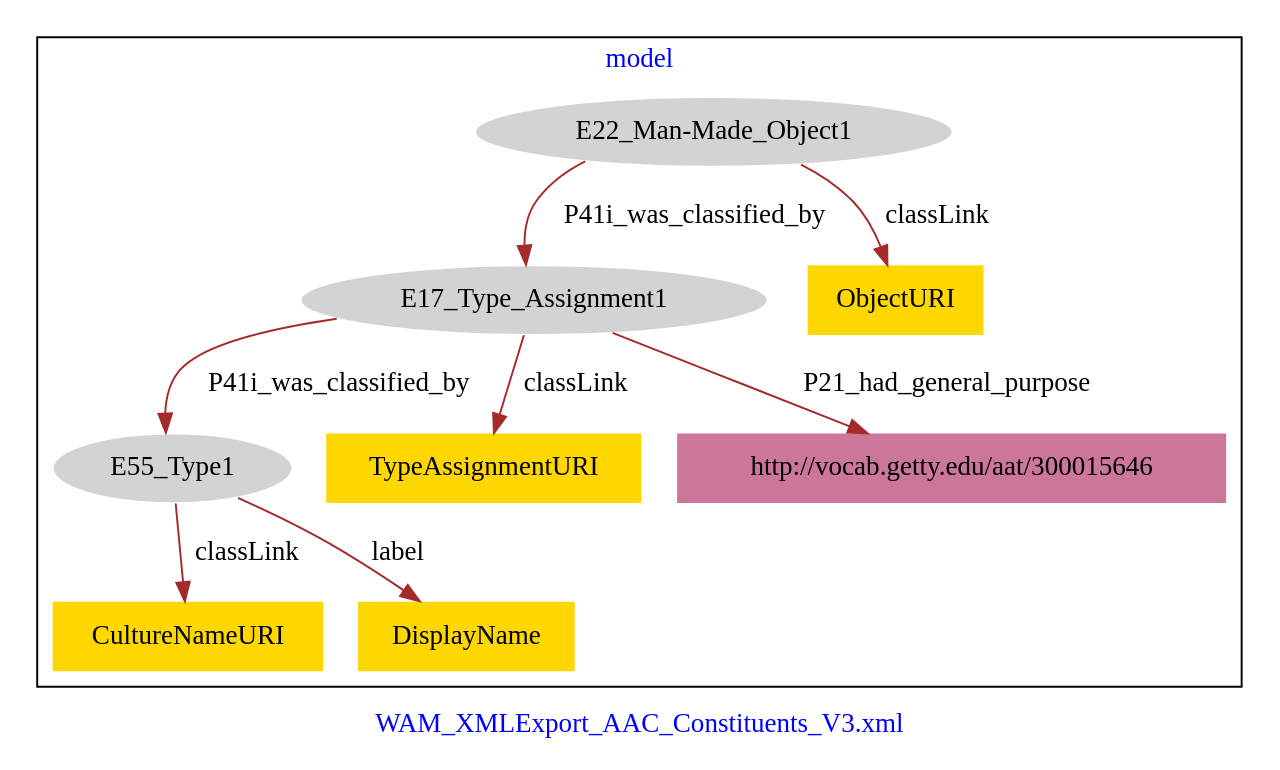
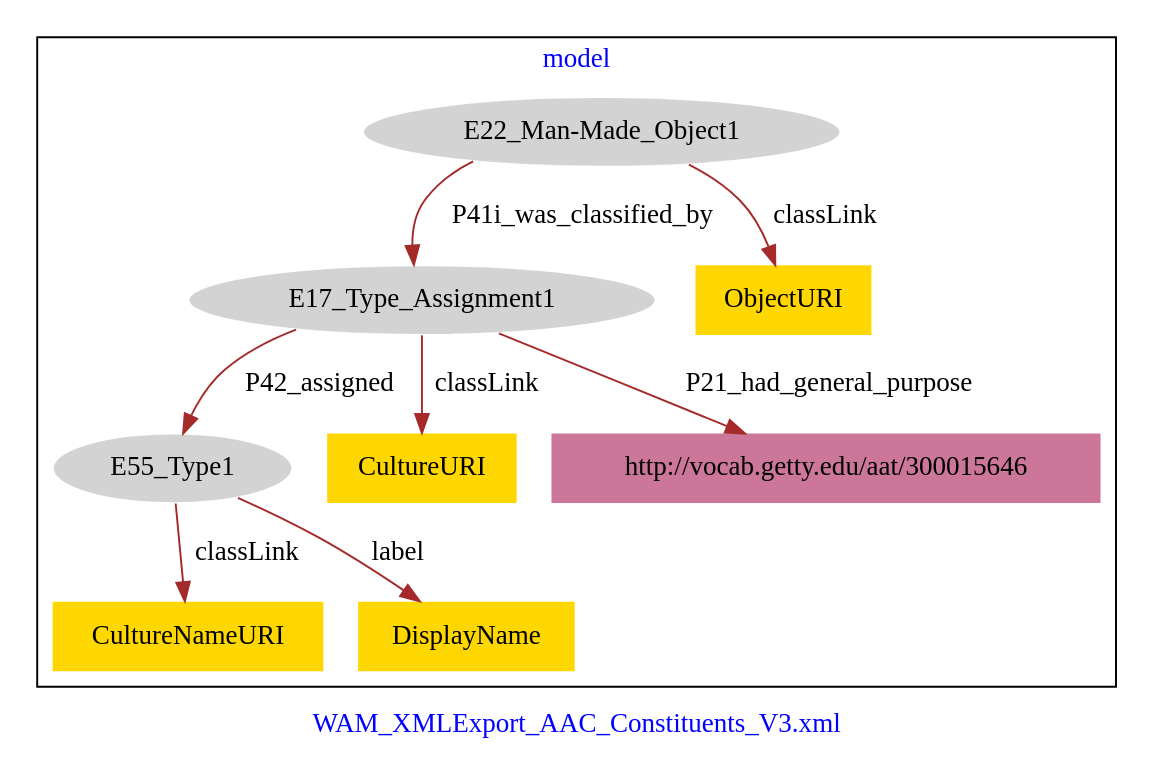
The diagram in WAM_AAC_Culture/WAM_AAC_Culture-model.dot (american-art/wam), drawn with Graphviz before and after one commit.

Commit message:
Update file WAM_AAC_Culture-model.dot

```diff
--- a/WAM_AAC_Culture/WAM_AAC_Culture-model.dot
+++ b/WAM_AAC_Culture/WAM_AAC_Culture-model.dot
@@ -1,23 +1,23 @@
 digraph n0 {
 fontcolor="blue"
 remincross="true"
 label="WAM_XMLExport_AAC_Constituents_V3.xml"
 subgraph cluster {
 label="model"
 n2[style="filled",color="white",fillcolor="lightgray",label="E17_Type_Assignment1"];
 n3[style="filled",color="white",fillcolor="lightgray",label="E55_Type1"];
 n4[style="filled",color="white",fillcolor="lightgray",label="E22_Man-Made_Object1"];
-n5[shape="plaintext",style="filled",fillcolor="gold",label="ObjectURI"];
-n6[shape="plaintext",style="filled",fillcolor="gold",label="CultureNameURI"];
-n7[shape="plaintext",style="filled",fillcolor="gold",label="TypeAssignmentURI"];
+n5[shape="plaintext",style="filled",fillcolor="gold",label="CultureNameURI"];
+n6[shape="plaintext",style="filled",fillcolor="gold",label="CultureURI"];
+n7[shape="plaintext",style="filled",fillcolor="gold",label="ObjectURI"];
 n8[shape="plaintext",style="filled",fillcolor="gold",label="DisplayName"];
 n9[shape="plaintext",style="filled",fillcolor="#CC7799",label="http://vocab.getty.edu/aat/300015646"];
 }
-n2 -> n3[color="brown",fontcolor="black",label="P41i_was_classified_by"]
+n2 -> n3[color="brown",fontcolor="black",label="P42_assigned"]
 n4 -> n2[color="brown",fontcolor="black",label="P41i_was_classified_by"]
-n4 -> n5[color="brown",fontcolor="black",label="classLink"]
-n3 -> n6[color="brown",fontcolor="black",label="classLink"]
-n2 -> n7[color="brown",fontcolor="black",label="classLink"]
+n3 -> n5[color="brown",fontcolor="black",label="classLink"]
+n2 -> n6[color="brown",fontcolor="black",label="classLink"]
+n4 -> n7[color="brown",fontcolor="black",label="classLink"]
 n3 -> n8[color="brown",fontcolor="black",label="label"]
 n2 -> n9[color="brown",fontcolor="black",label="P21_had_general_purpose"]
 }
```
